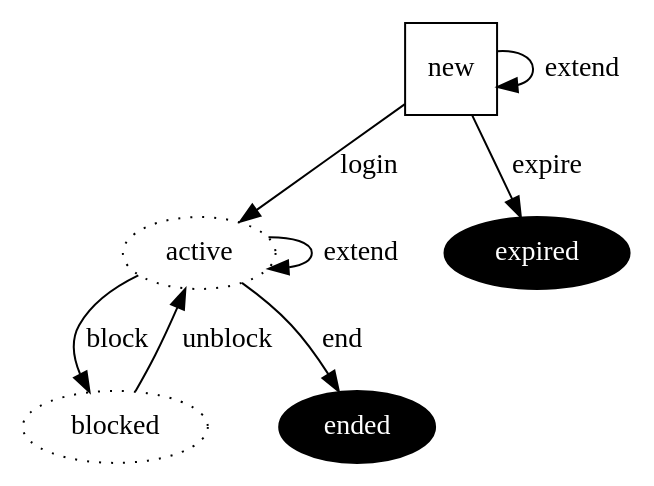
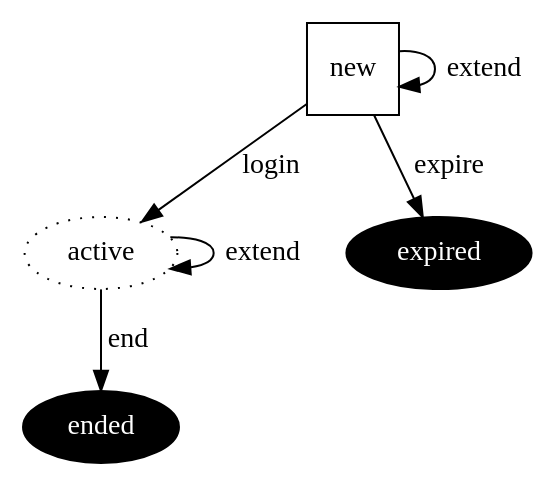
Before and after one commit to datashaman/wifidog-auth-flask: the diagram in app/graphs.dot, drawn with Graphviz. The commit also changed 15 other files, not shown here.

```diff
--- a/app/graphs.dot
+++ b/app/graphs.dot
@@ -1,15 +1,12 @@
 digraph voucher {
     new [shape=square];
     active [style=dotted];
-    blocked [style=dotted];
     expired [fontcolor=white,color=black,style=filled];
     ended [fontcolor=white,color=black,style=filled];
 
     new -> expired [label=expire];
     new -> new [label=extend];
     active -> active [label=extend];
     active -> ended [label=end];
-    active -> blocked [label=block];
     new -> active [label=login];
-    blocked -> active [label=unblock];
 }
```
